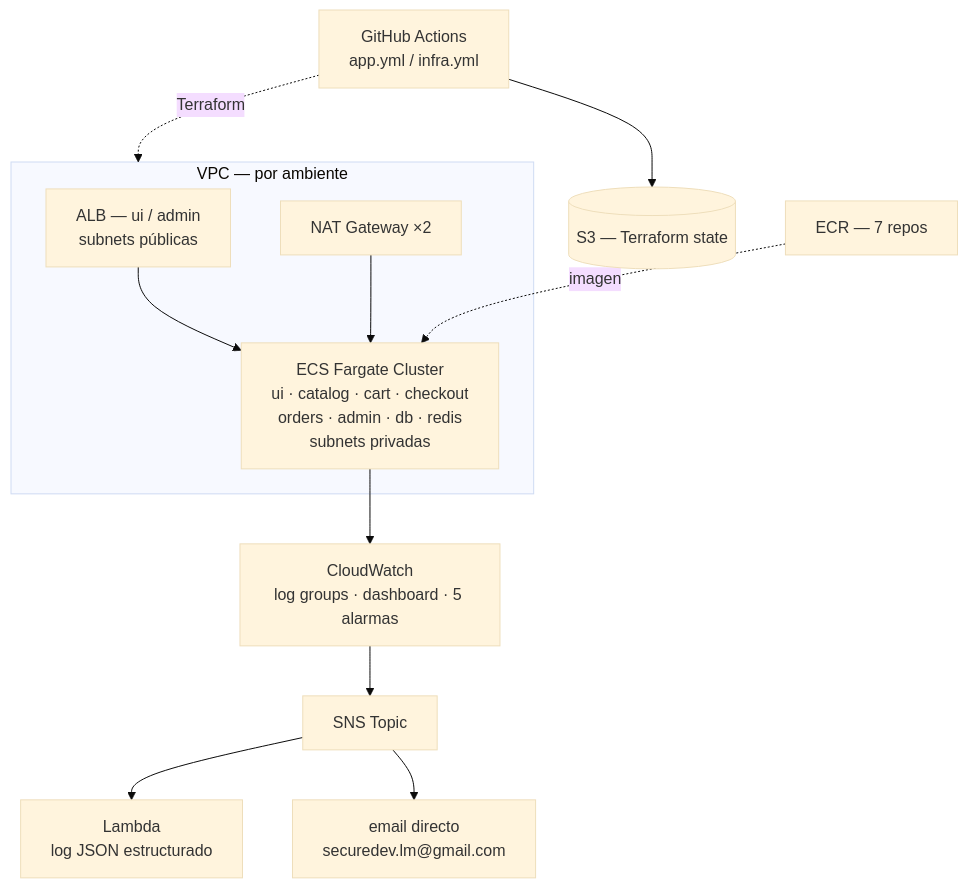
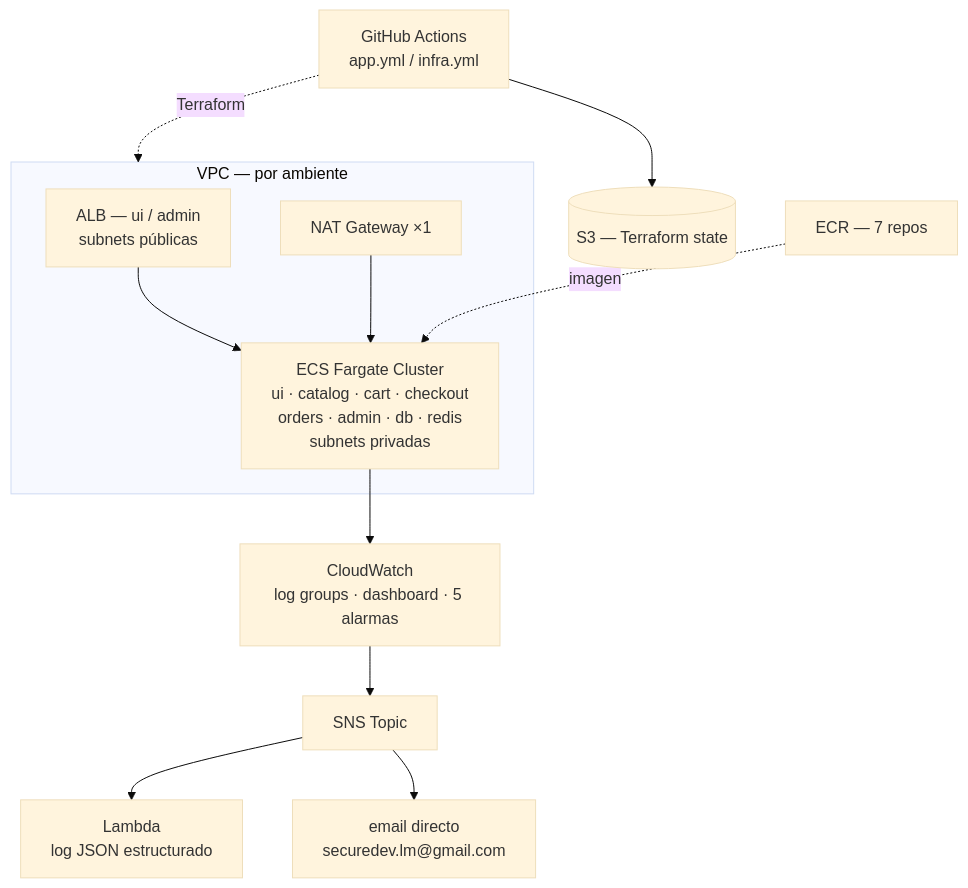
The second of 4 diagrams in README.md (Luis-Mendaro/RetailStore-Obligatorio), drawn with Mermaid (base theme) before and after one commit. The commit also changed other lines of this file and 4 other files, not shown here.

````diff
--- a/README.md
+++ b/README.md
@@ -41,19 +41,19 @@
 ```mermaid
 graph TD
     GH["GitHub Actions\napp.yml / infra.yml"] --> S3[(S3 — Terraform state)]
 
     subgraph VPC["VPC — por ambiente"]
         ALBS["ALB — ui / admin\nsubnets públicas"]
-        NAT["NAT Gateway ×2"]
+        NAT["NAT Gateway ×1"]
         ECS["ECS Fargate Cluster\nui · catalog · cart · checkout\norders · admin · db · redis\nsubnets privadas"]
         ALBS --> ECS
         NAT --> ECS
     end
 
     GH -.->|Terraform| VPC
     ECR["ECR — 7 repos"] -.->|imagen| ECS
     CW["CloudWatch\nlog groups · dashboard · 5 alarmas"] --> SNS[SNS Topic]
     SNS --> Lambda["Lambda\nlog JSON estructurado"]
     SNS --> Email["email directo\nsecuredev.lm@gmail.com"]
     ECS --> CW
 ```
````
